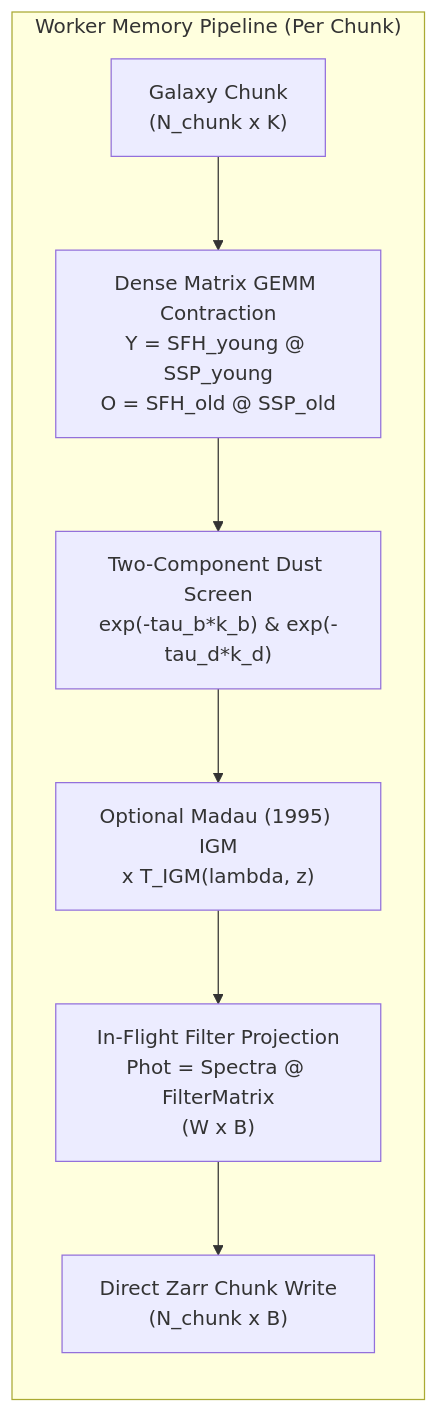
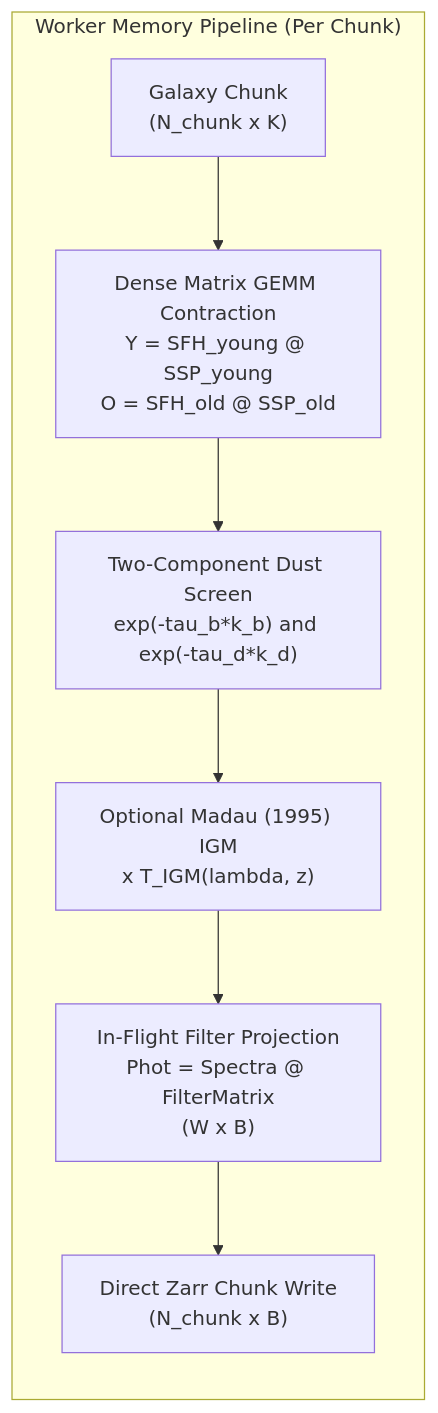
The second of 2 diagrams in README.md (SankarGaneshb/specsynth), drawn with Mermaid before and after one commit. The commit also changed other lines of this file, not shown here.

Commit message:
Fix Mermaid diagram syntax for GitHub rendering

````diff
--- a/README.md
+++ b/README.md
@@ -69,18 +69,18 @@
 ```mermaid
 flowchart LR
     subgraph WorkerTask ["Worker Memory Pipeline (Per Chunk)"]
         direction TB
         Input["Galaxy Chunk<br/>(N_chunk x K)"]
         GEMM["Dense Matrix GEMM Contraction<br/>Y = SFH_young @ SSP_young<br/>O = SFH_old @ SSP_old"]
-        Dust["Two-Component Dust Screen<br/>exp(-tau_b*k_b) & exp(-tau_d*k_d)"]
+        Dust["Two-Component Dust Screen<br/>exp(-tau_b*k_b) and exp(-tau_d*k_d)"]
         IGM["Optional Madau (1995) IGM<br/>x T_IGM(lambda, z)"]
         Proj["In-Flight Filter Projection<br/>Phot = Spectra @ FilterMatrix<br/>(W x B)"]
         Write["Direct Zarr Chunk Write<br/>(N_chunk x B)"]
 
         Input --> GEMM
         GEMM --> Dust
         Dust --> IGM
         IGM --> Proj
         Proj --> Write
     end
 ```
````
